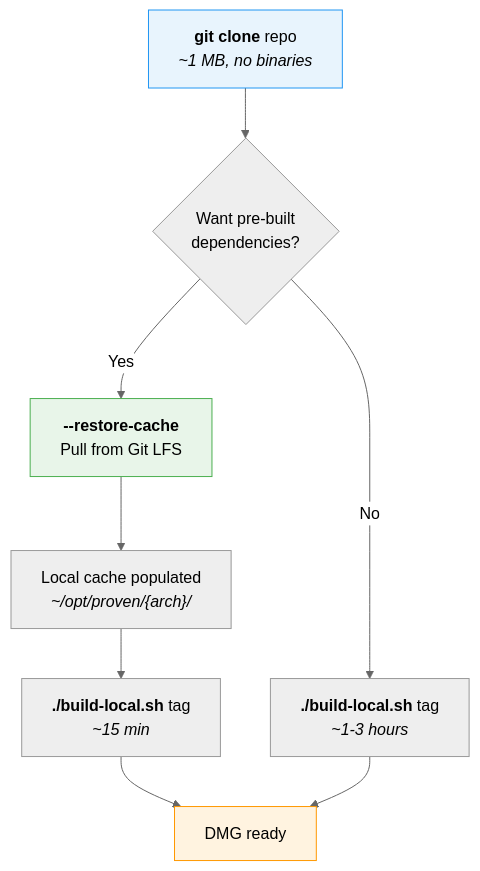
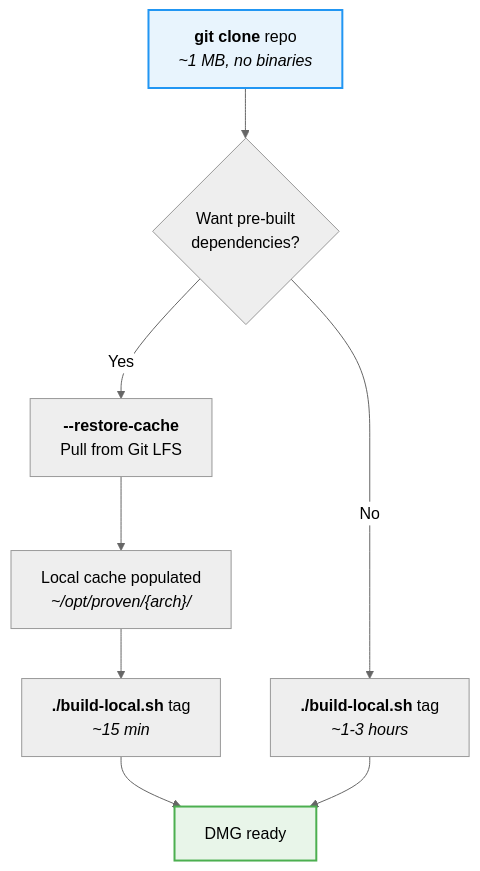
One commit to CorticalCode/mkvtoolnix-macos-arm changed the first of 5 diagrams in docs/build-workflow.md. Above: the diagram before and after it, drawn with Mermaid (neutral theme). The commit also changed other lines of this file and 2 other files, not shown here.

First line of the commit message:
docs: improve diagram readability and tighten guide content

````diff
--- a/docs/build-workflow.md
+++ b/docs/build-workflow.md
@@ -17,17 +17,16 @@
 ```mermaid
 flowchart TD
     A["<b>git clone</b> repo<br/><i>~1 MB, no binaries</i>"] --> B{"Want pre-built<br/>dependencies?"}
 
     B -->|Yes| C["<b>--restore-cache</b><br/>Pull from Git LFS"]
     C --> D["Local cache populated<br/><i>~/opt/proven/{arch}/</i>"]
     D --> E["<b>./build-local.sh</b> tag<br/><i>~15 min</i>"]
 
     B -->|No| F["<b>./build-local.sh</b> tag<br/><i>~1-3 hours</i>"]
 
     E --> G["DMG ready"]
     F --> G
 
-    style A fill:#e8f4fd,stroke:#2196f3
-    style C fill:#e8f5e9,stroke:#4caf50
-    style G fill:#fff3e0,stroke:#ff9800
+    style A fill:#e8f4fd,stroke:#2196f3,stroke-width:2px,color:#000
+    style G fill:#e8f5e9,stroke:#4caf50,stroke-width:2px,color:#000
 ```
````
